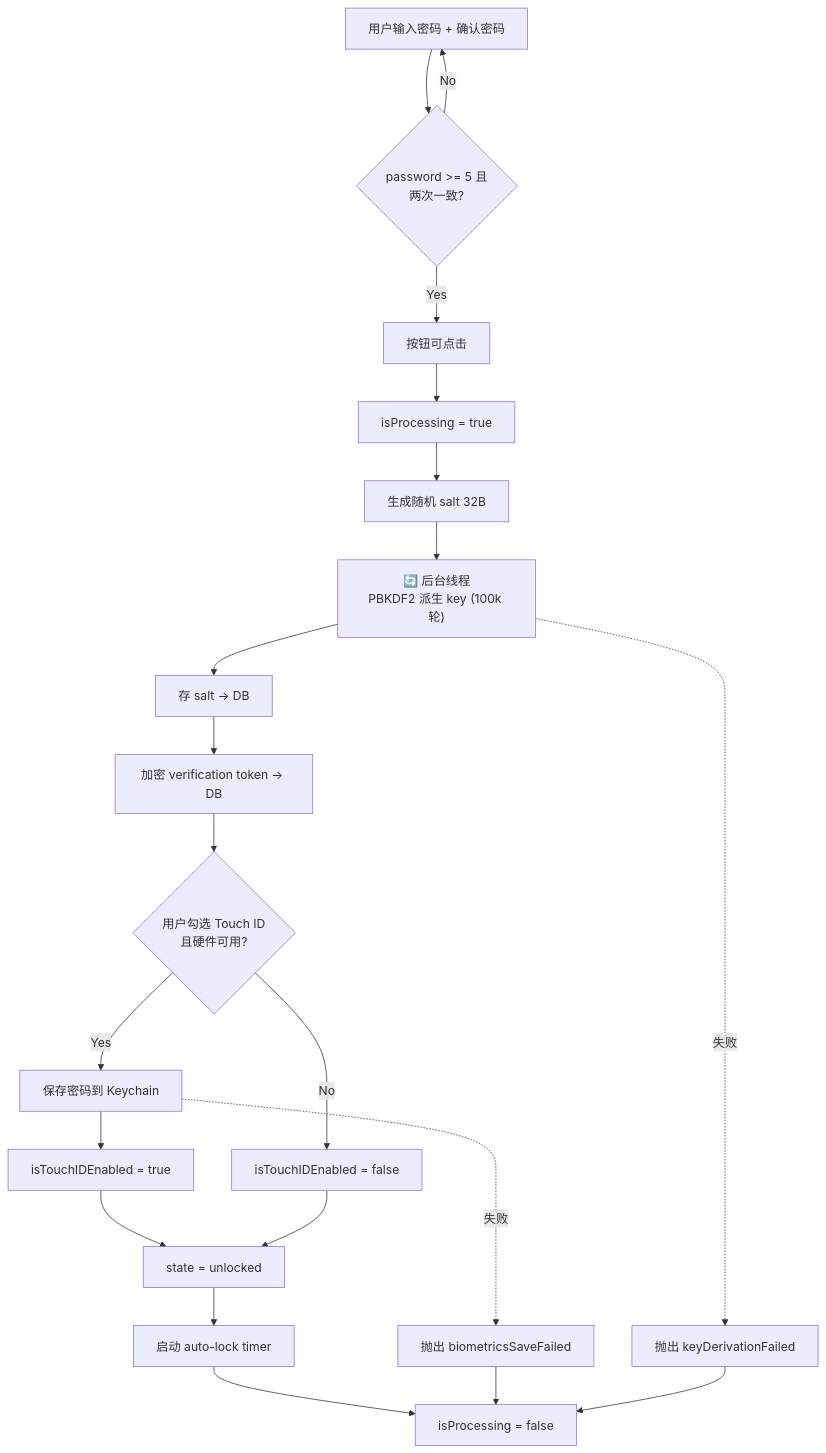
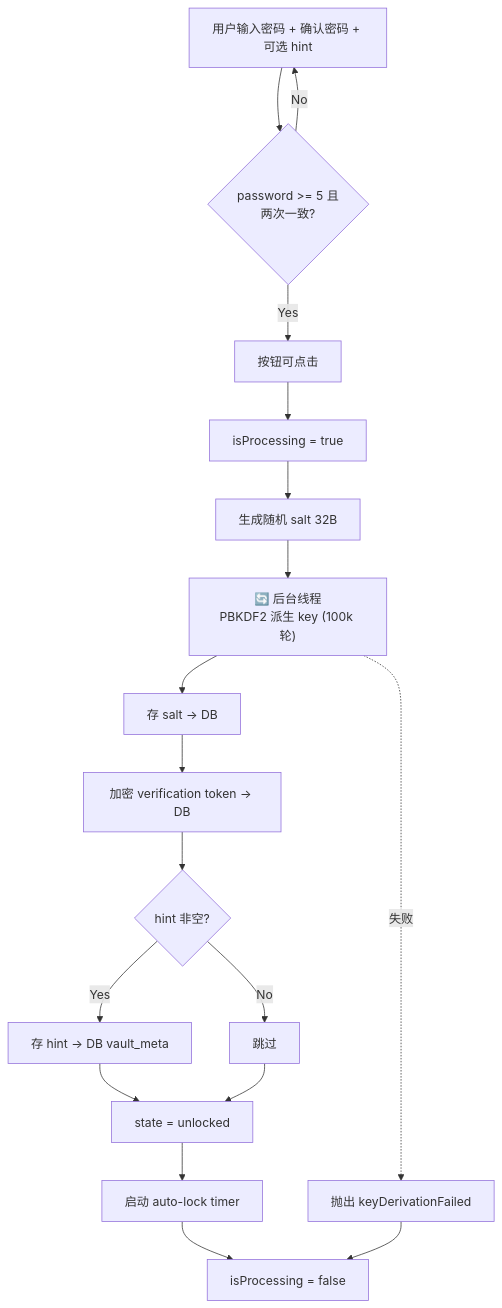
Before and after one commit to Actrium/actrium: the second of 9 diagrams in .import/actro/docs/password-vault-flows.md, drawn with Mermaid. The commit also changed other lines of this file and 5 other files, not shown here.

First line of the commit message:
feat: decouple biometrics from setup, add password hint, extract PasswordField

````diff
--- a/.import/actro/docs/password-vault-flows.md
+++ b/.import/actro/docs/password-vault-flows.md
@@ -39,24 +42,21 @@
 ```mermaid
 flowchart TD
-    A[用户输入密码 + 确认密码] --> B{password >= 5 且<br/>两次一致?}
+    A[用户输入密码 + 确认密码 + 可选 hint] --> B{password >= 5 且<br/>两次一致?}
     B -- No --> A
     B -- Yes --> C[按钮可点击]
     C --> D[isProcessing = true]
     D --> E[生成随机 salt 32B]
     E --> F["🔄 后台线程<br/>PBKDF2 派生 key (100k 轮)"]
     F --> G[存 salt → DB]
     G --> H[加密 verification token → DB]
-    H --> I{用户勾选 Touch ID<br/>且硬件可用?}
-    I -- Yes --> J[保存密码到 Keychain]
-    J --> K[isTouchIDEnabled = true]
-    I -- No --> L[isTouchIDEnabled = false]
-    K --> M[state = unlocked]
-    L --> M
-    M --> N[启动 auto-lock timer]
-    N --> O[isProcessing = false]
+    H --> I{hint 非空?}
+    I -- Yes --> J[存 hint → DB vault_meta]
+    I -- No --> K[跳过]
+    J --> L[state = unlocked]
+    K --> L
+    L --> M[启动 auto-lock timer]
+    M --> N[isProcessing = false]
 
-    J -. 失败 .-> ERR[抛出 biometricsSaveFailed]
-    F -. 失败 .-> ERR2[抛出 keyDerivationFailed]
-    ERR --> O
-    ERR2 --> O
+    F -. 失败 .-> ERR[抛出 keyDerivationFailed]
+    ERR --> N
 ```
````
